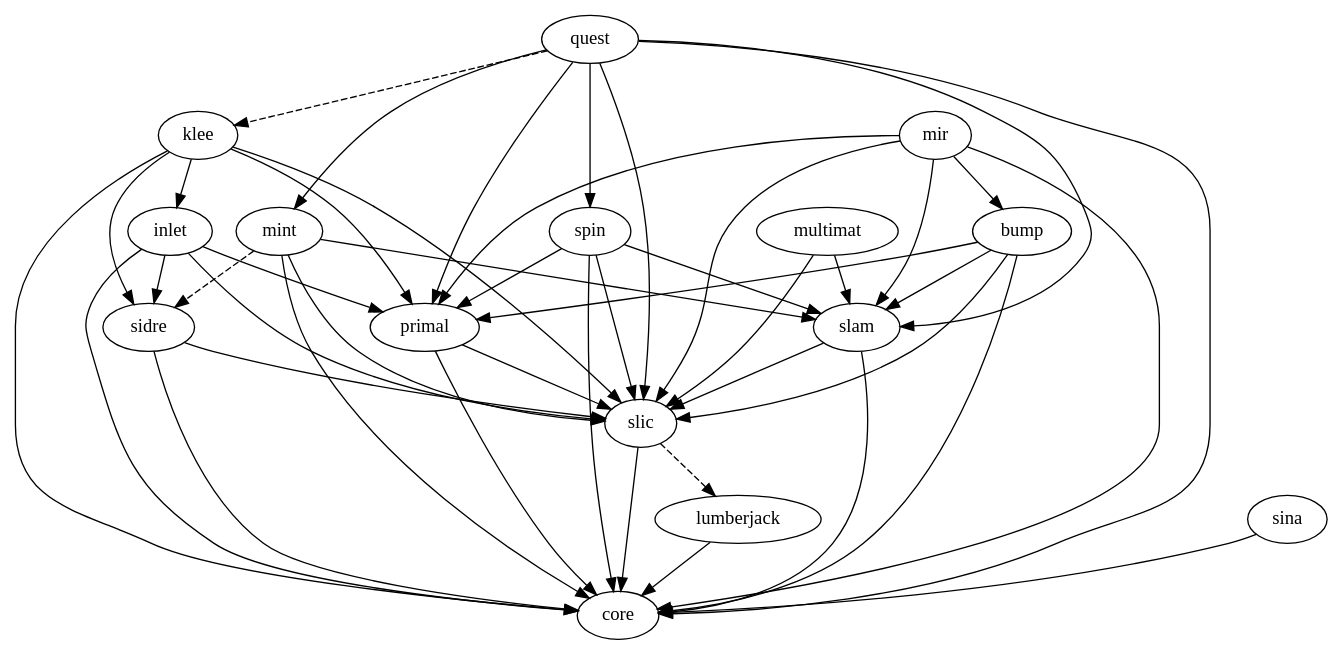
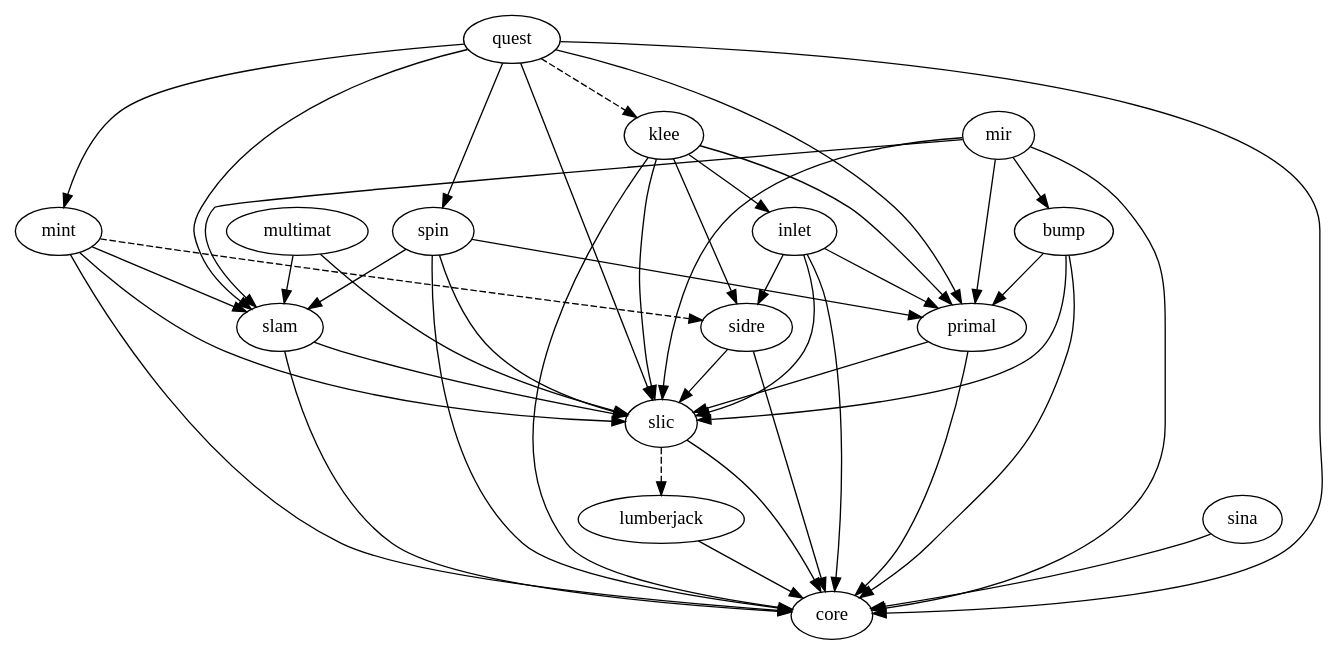
The diagram in src/docs/dependencies.dot (llnl/axom), drawn with Graphviz before and after one commit. The commit also changed 8 other files, not shown here.

```diff
--- a/src/docs/dependencies.dot
+++ b/src/docs/dependencies.dot
@@ -1,18 +1,18 @@
 digraph dependencies {
   quest -> {slam primal mint spin};
   quest -> klee [style="dashed"];
   {inlet klee mint primal quest slam spin} -> {slic core};
   mint -> slam
   mint -> sidre [style="dashed"];
   mir -> {bump slic core slam primal};
   multimat -> {slic slam};
   spin -> {slam primal};
   sidre -> {slic core};
   sina -> {core};
   slic -> core;
   slic -> lumberjack [style="dashed"];
   lumberjack -> core;
   inlet -> {sidre primal};
   klee -> {sidre primal inlet};
-  bump -> {slic core slam primal};
+  bump -> {slic core primal};
 }
```
